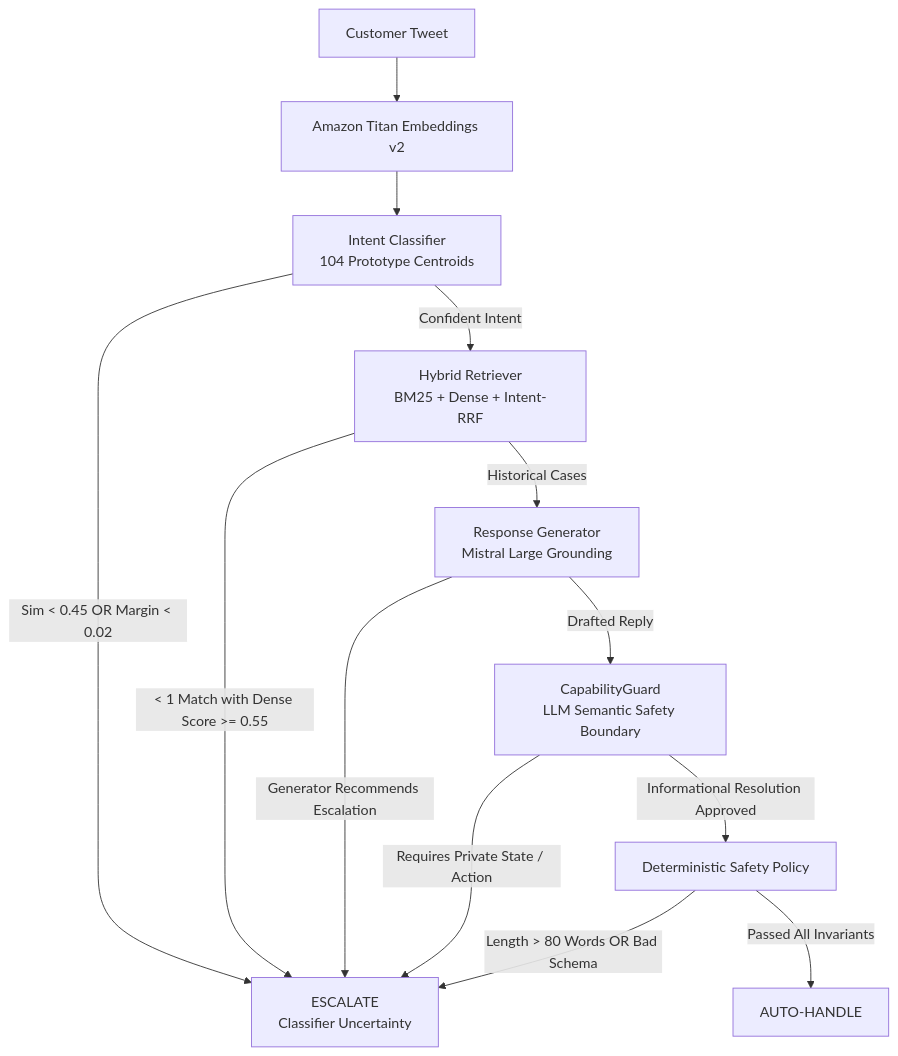
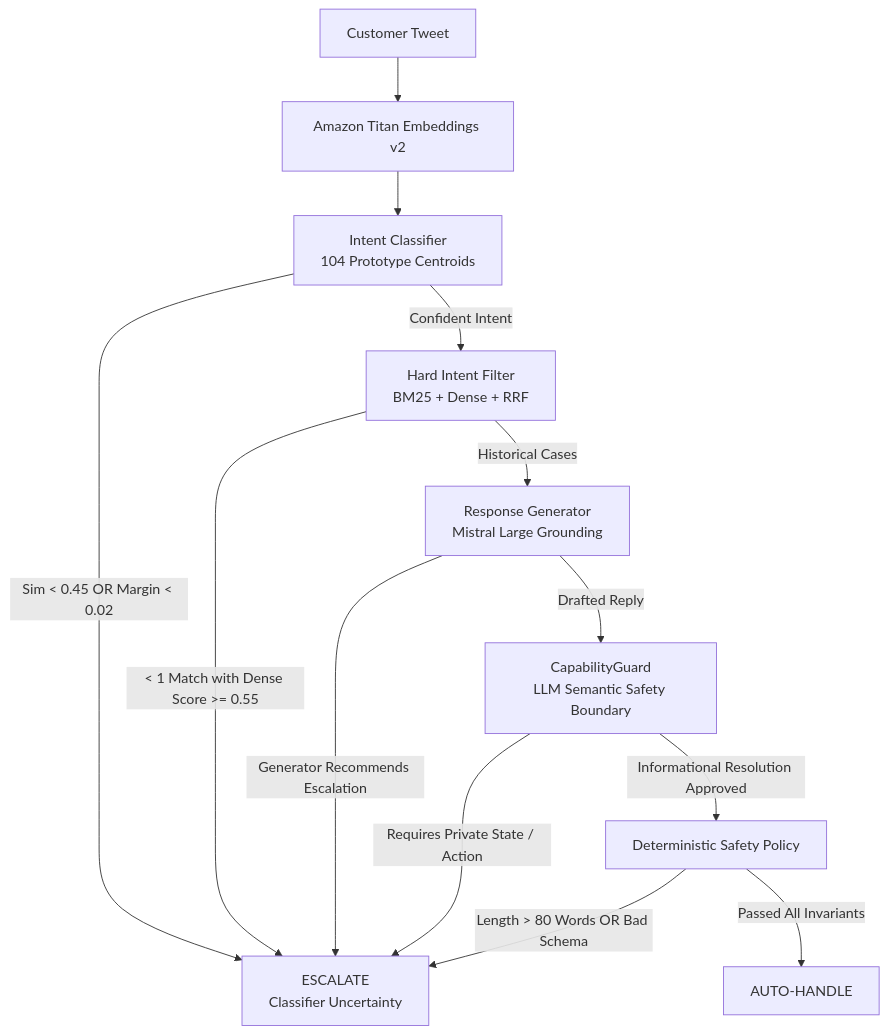
Before and after one commit to Ampplex/hiver-sde-intern: the diagram in README.md, drawn with Mermaid. The commit also changed other lines of this file, not shown here.

````diff
--- a/README.md
+++ b/README.md
@@ -65,20 +65,20 @@
 ```mermaid
 flowchart TD
     A[Customer Tweet] --> B[Amazon Titan Embeddings v2]
     B --> C[Intent Classifier<br>104 Prototype Centroids]
     
     C -->|Sim < 0.45 OR Margin < 0.02| E[ESCALATE<br>Classifier Uncertainty]
-    C -->|Confident Intent| F[Hybrid Retriever<br>BM25 + Dense + Intent-RRF]
+    C -->|Confident Intent| F[Hard Intent Filter<br>BM25 + Dense + RRF]
     
     F -->|< 1 Match with Dense Score >= 0.55| E
     F -->|Historical Cases| G[Response Generator<br>Mistral Large Grounding]
     
     G -->|Generator Recommends Escalation| E
     G -->|Drafted Reply| H[CapabilityGuard<br>LLM Semantic Safety Boundary]
     
     H -->|Requires Private State / Action| E
     H -->|Informational Resolution Approved| I[Deterministic Safety Policy]
     
     I -->|Length > 80 Words OR Bad Schema| E
     I -->|Passed All Invariants| J[AUTO-HANDLE]
 ```
````
